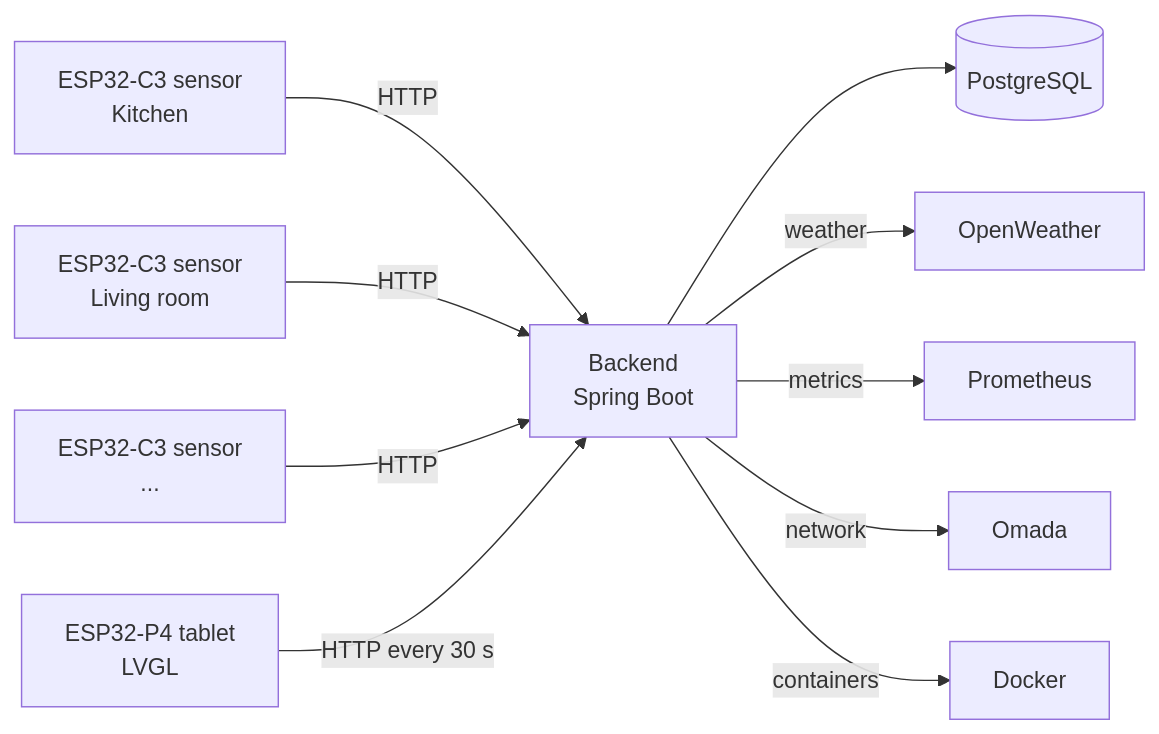
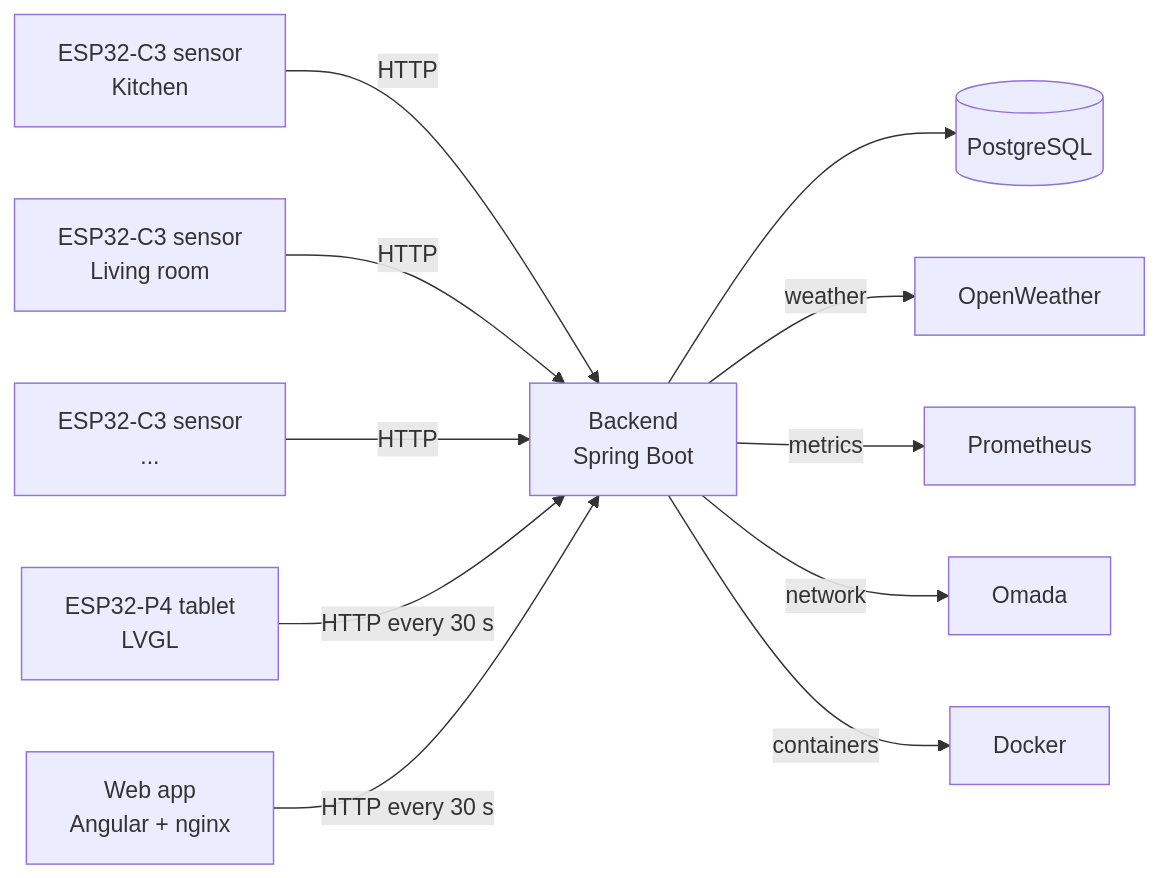
Before and after one commit to bahguta/bahguta-Homelab: the diagram in README.md, drawn with Mermaid. The commit also changed other lines of this file and 91 other files, not shown here.

````diff
--- a/README.md
+++ b/README.md
@@ -88,12 +91,13 @@
 ```mermaid
 flowchart LR
     S1["ESP32-C3 sensor<br/>Kitchen"] -->|HTTP| API
     S2["ESP32-C3 sensor<br/>Living room"] -->|HTTP| API
     S3["ESP32-C3 sensor<br/>..."] -->|HTTP| API
     API["Backend<br/>Spring Boot"] --> DB[("PostgreSQL")]
     API -->|"weather"| OW["OpenWeather"]
     API -->|"metrics"| PROM["Prometheus"]
     API -->|"network"| OM["Omada"]
     API -->|"containers"| DOCKER["Docker"]
     TAB["ESP32-P4 tablet<br/>LVGL"] -->|"HTTP every 30 s"| API
+    WEB["Web app<br/>Angular + nginx"] -->|"HTTP every 30 s"| API
 ```
````
